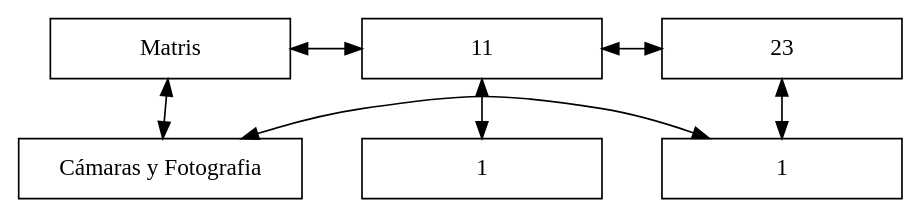
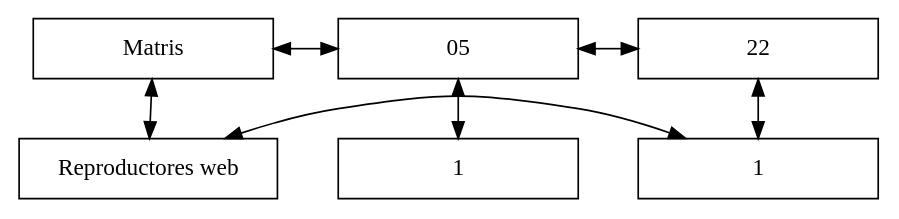
The diagram in Servidor/1997_02.dot (Macario12/EDD_VirtualMall_201905837), drawn with Graphviz before and after one commit. The commit also changed 40 other files, not shown here.

```diff
--- a/Servidor/1997_02.dot
+++ b/Servidor/1997_02.dot
@@ -1,19 +1,19 @@
 digraph { 
 rankdir = TB; 
 node [shape=rectangle, height=0.5, width=2] 
 graph[ nodesep = 0.5] 
 Matris[label="Matris"] 
-nodo11 [label="11"] 
-nodo23 [label="23"] 
-nodoCámaras_y_Fotografia [label="Cámaras y Fotografia"] 
-Matris -> nodo11 [dir=both] 
-nodo11 -> nodo23 [dir=both] 
-Matris -> nodoCámaras_y_Fotografia [dir=both] 
+nodo05 [label="05"] 
+nodo22 [label="22"] 
+nodoReproductores_web [label="Reproductores web"] 
+Matris -> nodo05 [dir=both] 
+nodo05 -> nodo22 [dir=both] 
+Matris -> nodoReproductores_web [dir=both] 
 nodo0y0[label="1"] 
 nodo1y0[label="1"] 
-nodo11 -> nodo0y0[dir=both] 
-nodo23 -> nodo1y0[dir=both] 
-nodoCámaras_y_Fotografia -> nodo1y0[constraint=false, dir=both] 
-{ rank=same; Matris; nodo11; nodo23} 
-{ rank=same;nodoCámaras_y_Fotografia;nodo1y0} 
+nodo05 -> nodo0y0[dir=both] 
+nodo22 -> nodo1y0[dir=both] 
+nodoReproductores_web -> nodo1y0[constraint=false, dir=both] 
+{ rank=same; Matris; nodo05; nodo22} 
+{ rank=same;nodoReproductores_web;nodo1y0} 
 }
```
